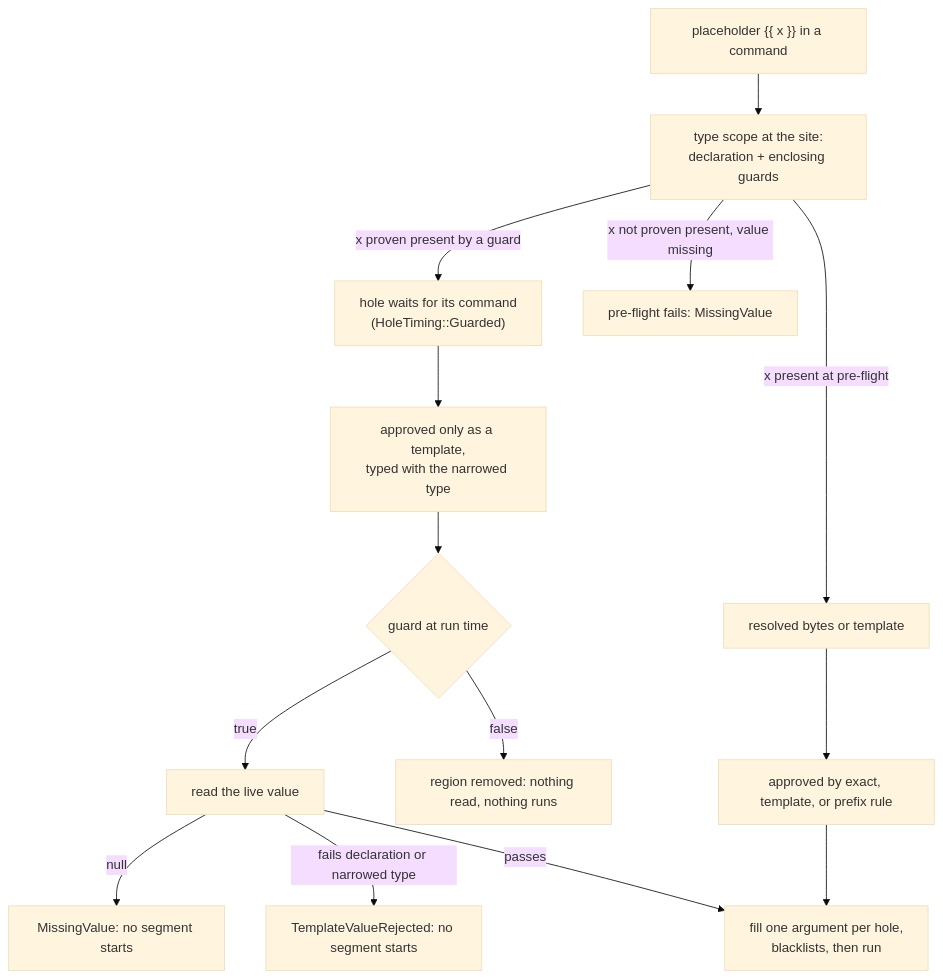
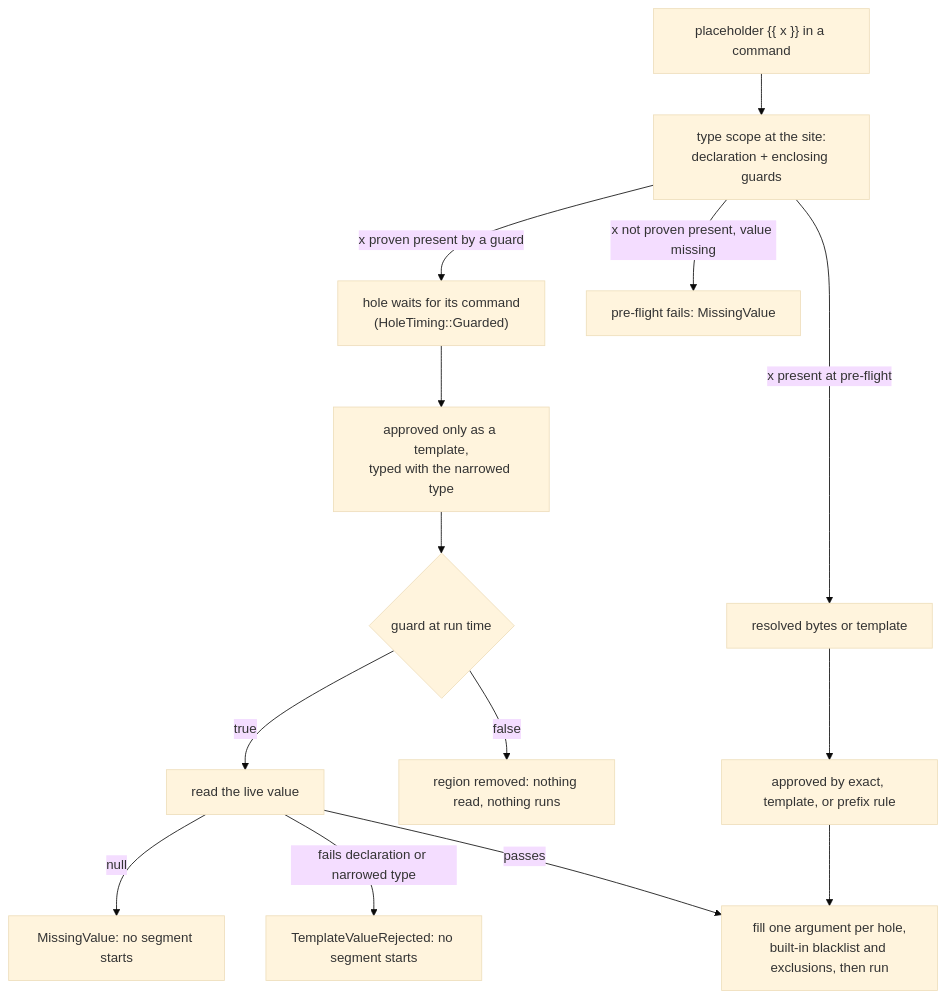
The third of 3 diagrams in darkmatter/docs/inline/preflight-checks.md (yankeeinlondon/rusty-biscuit), drawn with Mermaid (base theme) before and after one commit. The commit also changed other lines of this file and 285 other files, not shown here.

````diff
--- a/darkmatter/docs/inline/preflight-checks.md
+++ b/darkmatter/docs/inline/preflight-checks.md
@@ -636,16 +660,16 @@
 ```mermaid
 flowchart TD
     A["placeholder {{ x }} in a command"] --> B["type scope at the site:<br/>declaration + enclosing guards"]
     B -->|"x proven present by a guard"| C["hole waits for its command<br/>(HoleTiming::Guarded)"]
     B -->|"x not proven present, value missing"| F["pre-flight fails: MissingValue"]
     B -->|"x present at pre-flight"| D["resolved bytes or template"]
     C --> E["approved only as a template,<br/>typed with the narrowed type"]
     D --> G["approved by exact, template, or prefix rule"]
     E --> H{"guard at run time"}
     H -->|"false"| I["region removed: nothing read, nothing runs"]
     H -->|"true"| J["read the live value"]
     J -->|"null"| K["MissingValue: no segment starts"]
     J -->|"fails declaration or narrowed type"| L["TemplateValueRejected: no segment starts"]
-    J -->|"passes"| M["fill one argument per hole,<br/>blacklists, then run"]
+    J -->|"passes"| M["fill one argument per hole,<br/>built-in blacklist and exclusions, then run"]
     G --> M
 ```
````
